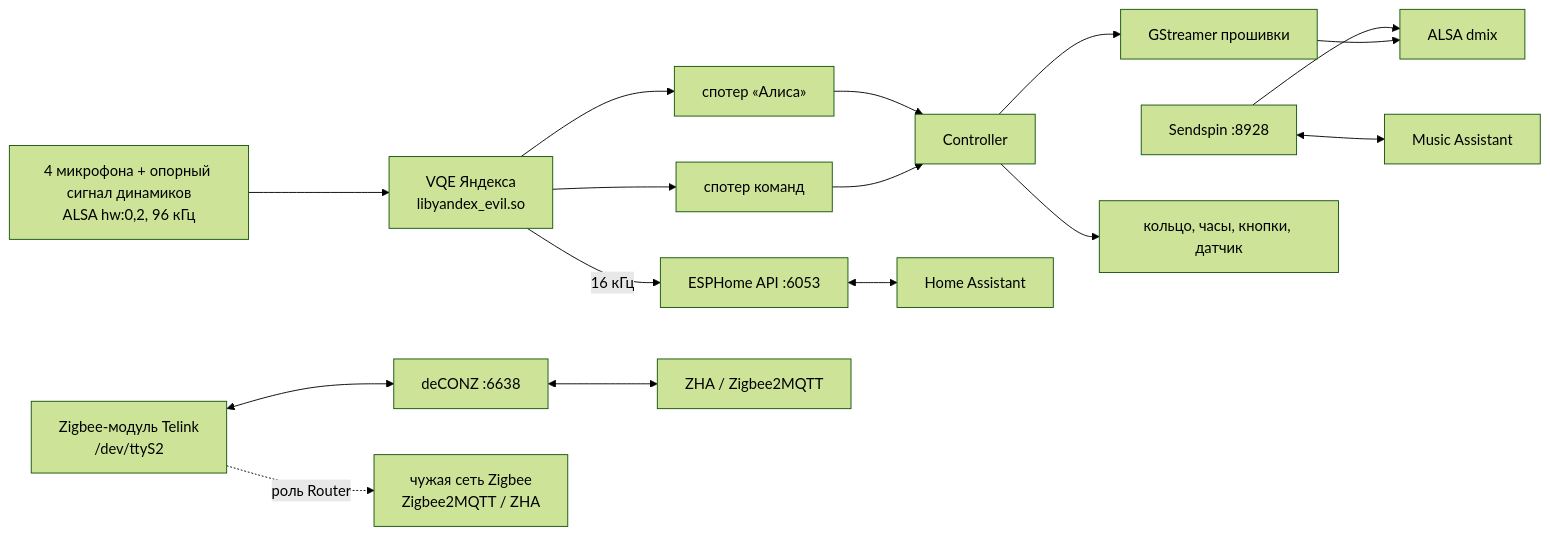
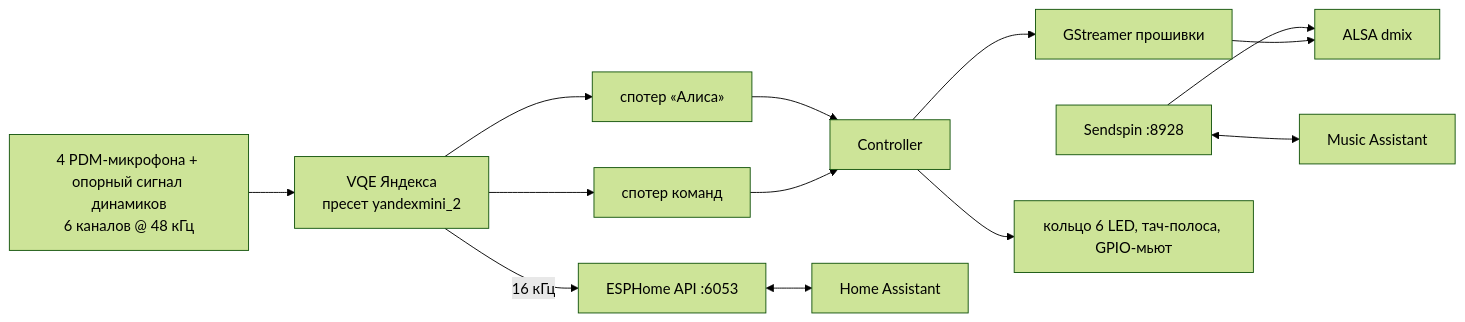
Before and after one commit to ste4ik/pulsar: the diagram in README.md, drawn with Mermaid (forest theme). The commit also changed other lines of this file, not shown here.

````diff
--- a/README.md
+++ b/README.md
@@ -481,18 +408,15 @@
 ```mermaid
 flowchart LR
-  mics[4 микрофона + опорный сигнал динамиков<br/>ALSA hw:0,2, 96 кГц] --> vqe[VQE Яндекса<br/>libyandex_evil.so]
+  mics[4 PDM-микрофона + опорный сигнал динамиков<br/>6 каналов @ 48 кГц] --> vqe[VQE Яндекса<br/>пресет yandexmini_2]
   vqe --> wake[спотер «Алиса»]
   vqe --> cmd[спотер команд]
   vqe -->|16 кГц| api[ESPHome API :6053]
   wake --> ctl[Controller]
   cmd --> ctl
   api <--> ha[Home Assistant]
   ctl --> player[GStreamer прошивки]
   ss[Sendspin :8928] <--> ma[Music Assistant]
   ss --> alsa[ALSA dmix]
   player --> alsa
-  ctl --> hw[кольцо, часы, кнопки, датчик]
-  zb[Zigbee-модуль Telink<br/>/dev/ttyS2] <--> dz[deCONZ :6638]
-  dz <--> zha[ZHA / Zigbee2MQTT]
-  zb -.->|роль Router| z2m[чужая сеть Zigbee<br/>Zigbee2MQTT / ZHA]
+  ctl --> hw[кольцо 6 LED, тач-полоса, GPIO-мьют]
 ```
````
